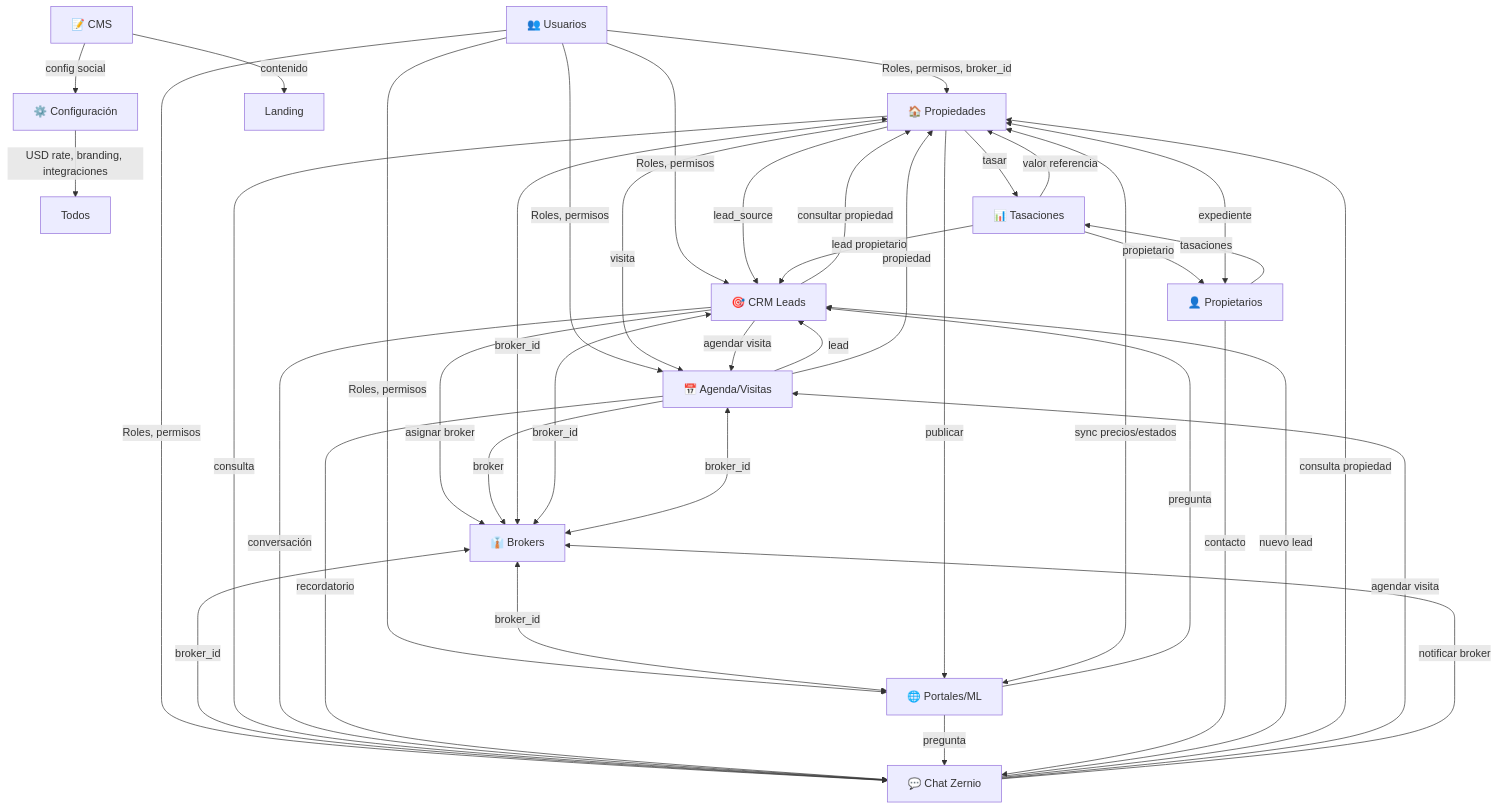
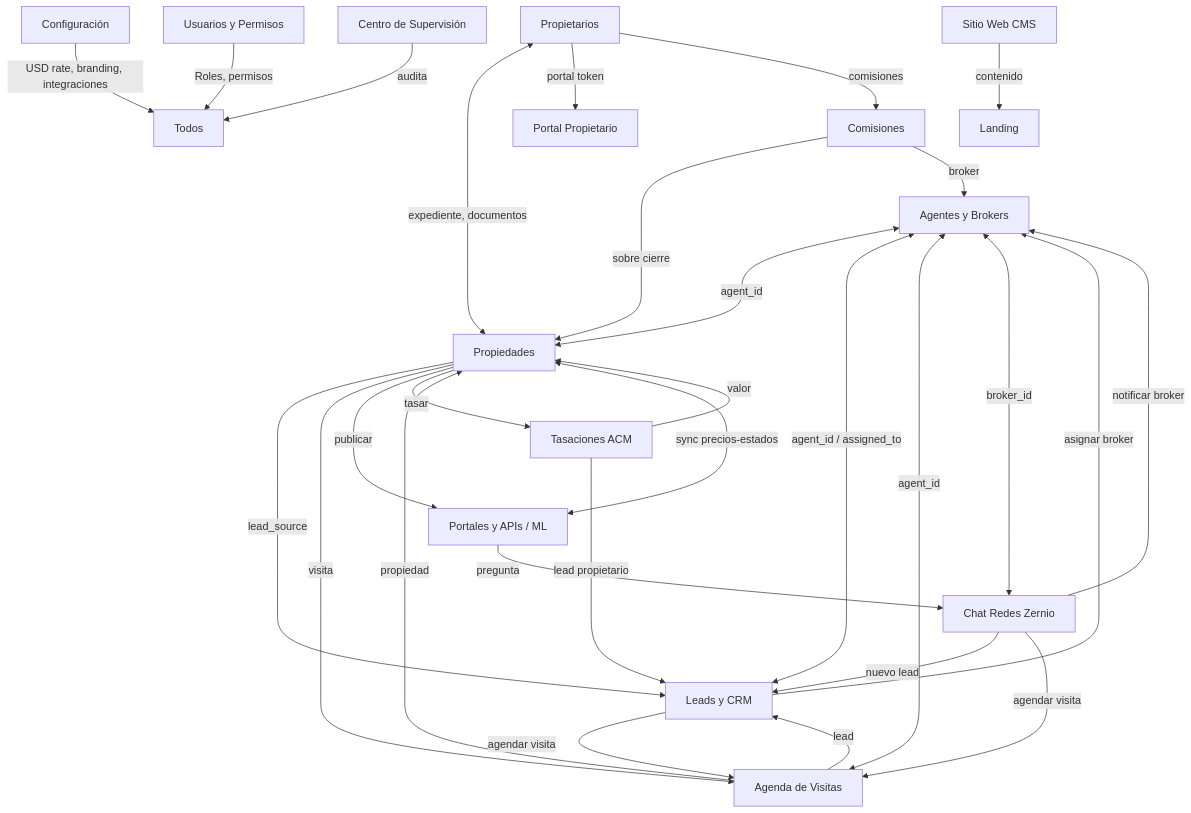
Before and after one commit to facuherrera23/BH-OFICIAL: the diagram in README.md, drawn with Mermaid. The commit also changed other lines of this file and 4 other files, not shown here.

````diff
--- a/README.md
+++ b/README.md
@@ -74,51 +90,39 @@
 ```mermaid
 graph TD
-    Config[⚙️ Configuración] -->|USD rate, branding, integraciones| Todos
-    Usuarios[👥 Usuarios] -->|Roles, permisos, broker_id| Propiedades
-    Usuarios -->|Roles, permisos| CRM
-    Usuarios -->|Roles, permisos| Agenda
-    Usuarios -->|Roles, permisos| Portales
-    Usuarios -->|Roles, permisos| Chat
+    Config[Configuración] -->|USD rate, branding, integraciones| Todos
+    Usuarios[Usuarios y Permisos] -->|Roles, permisos| Todos
+    Agentes[Agentes y Brokers] <--->|agent_id| Propiedades
+    Agentes <--->|agent_id / assigned_to| CRM
+    Agentes <--->|agent_id| Agenda
+    Agentes <--->|broker_id| Chat
 
-    Brokers[👔 Brokers] <--->|broker_id| Propiedades
-    Brokers <--->|broker_id| CRM
-    Brokers <--->|broker_id| Agenda
-    Brokers <--->|broker_id| Portales
-    Brokers <--->|broker_id| Chat
-
-    Propiedades[🏠 Propiedades] -->|lead_source| CRM
+    Propiedades[Propiedades] -->|lead_source| CRM
     Propiedades -->|visita| Agenda
     Propiedades -->|publicar| Portales
-    Propiedades -->|consulta| Chat
     Propiedades -->|tasar| Tasaciones
 
-    CRM[🎯 CRM Leads] -->|agendar visita| Agenda
-    CRM -->|asignar broker| Brokers
-    CRM -->|consultar propiedad| Propiedades
-    CRM -->|conversación| Chat
+    CRM[Leads y CRM] -->|agendar visita| Agenda
+    CRM -->|asignar broker| Agentes
 
-    Agenda[📅 Agenda/Visitas] -->|lead| CRM
+    Agenda[Agenda de Visitas] -->|lead| CRM
     Agenda -->|propiedad| Propiedades
-    Agenda -->|broker| Brokers
-    Agenda -->|recordatorio| Chat
 
-    Portales[🌐 Portales/ML] <--->|sync precios/estados| Propiedades
-    Portales -->|pregunta| CRM
+    Portales[Portales y APIs / ML] <--->|sync precios-estados| Propiedades
     Portales -->|pregunta| Chat
 
-    Chat[💬 Chat Zernio] -->|nuevo lead| CRM
-    Chat -->|consulta propiedad| Propiedades
+    Chat[Chat Redes Zernio] -->|nuevo lead| CRM
     Chat -->|agendar visita| Agenda
-    Chat -->|notificar broker| Brokers
+    Chat -->|notificar broker| Agentes
 
-    Tasaciones[📊 Tasaciones] -->|valor referencia| Propiedades
+    Tasaciones[Tasaciones ACM] -->|valor| Propiedades
     Tasaciones -->|lead propietario| CRM
-    Tasaciones -->|propietario| Propietarios
+    Comisiones[Comisiones] -->|sobre cierre| Propiedades
+    Comisiones -->|broker| Agentes
 
-    Propietarios[👤 Propietarios] <--->|expediente| Propiedades
-    Propietarios -->|tasaciones| Tasaciones
-    Propietarios -->|contacto| Chat
+    Propietarios[Propietarios] <--->|expediente, documentos| Propiedades
+    Propietarios -->|portal token| PortalPropietario[Portal Propietario]
+    Propietarios -->|comisiones| Comisiones
 
-    CMS[📝 CMS] -->|contenido| Landing
-    CMS -->|config social| Config
+    CMS[Sitio Web CMS] -->|contenido| Landing
+    Susp[Centro de Supervisión] -->|audita| Todos
 ```
````
